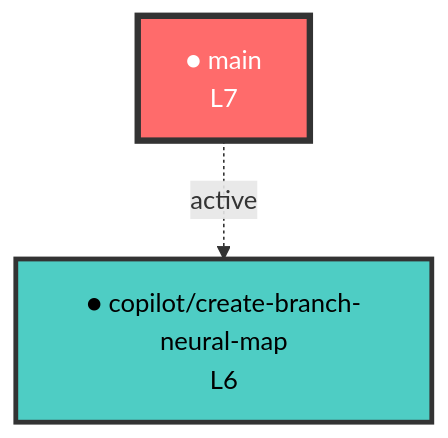
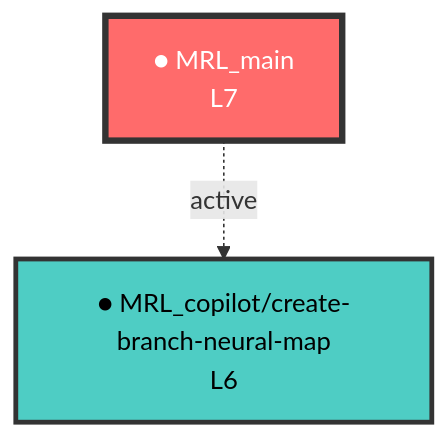
One commit to dofaromg/flow-tasks changed the diagram in BRANCH_NEURAL_MAP.md. Above: the diagram before and after it, drawn with Mermaid. The commit also changed other lines of this file, not shown here.

Commit message:
feat(governance): apply MRL neural naming to BRANCH_NEURAL_MAP.md [skip ci]

````diff
--- a/BRANCH_NEURAL_MAP.md
+++ b/BRANCH_NEURAL_MAP.md
@@ -146,18 +154,18 @@
 ```mermaid
 graph TD
   %% 神經網絡分支圖譜 - origin_signature: MrLiouWord
 
   %% 節點定義
-  main["● main<br/>L7"]:::trunk
-  copilot_create_branch_neural_map["● copilot/create-branch-neural-map<br/>L6"]:::cognitive
+  MRL_main["● MRL_main<br/>L7"]:::trunk
+  MRL_copilot_create_branch_neural_map["● MRL_copilot/create-branch-neural-map<br/>L6"]:::cognitive
 
   %% 連結定義
-  main -.->|active| copilot_create_branch_neural_map
+  MRL_main -.->|active| MRL_copilot_create_branch_neural_map
 
   %% 樣式定義
   classDef trunk fill:#ff6b6b,stroke:#333,stroke-width:4px,color:#fff
   classDef cognitive fill:#4ecdc4,stroke:#333,stroke-width:3px,color:#000
   classDef feature fill:#95e1d3,stroke:#333,stroke-width:2px,color:#000
   classDef hotfix fill:#f9ca24,stroke:#333,stroke-width:2px,color:#000
   classDef experimental fill:#6c5ce7,stroke:#333,stroke-width:2px,color:#fff
 ```
````
